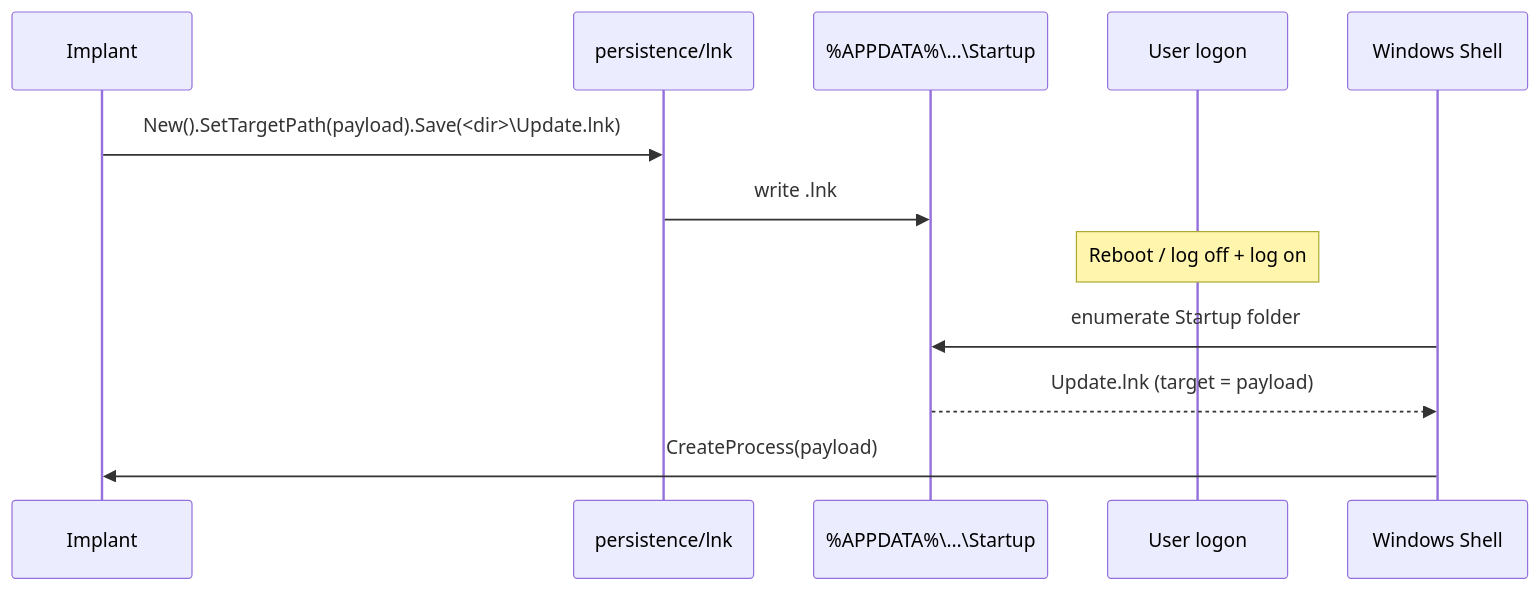
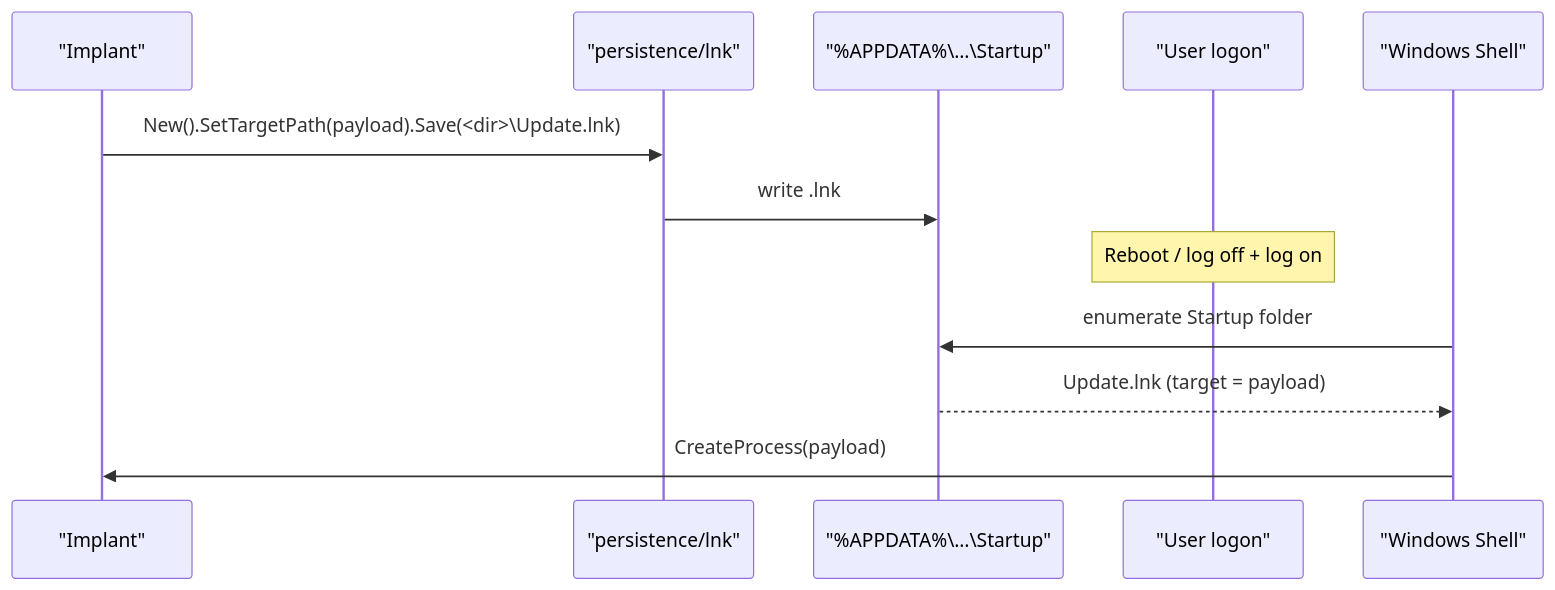
One commit to oioio-space/maldev changed the diagram in docs/techniques/persistence/startup-folder.md. Above: the diagram before and after it, drawn with Mermaid. The commit also changed 52 other files, not shown here.

First line of the commit message:
fix(docs): quote multi-word Mermaid participant aliases — 11.2.0 strict-mode sweep

````diff
--- a/docs/techniques/persistence/startup-folder.md
+++ b/docs/techniques/persistence/startup-folder.md
@@ -37,15 +37,15 @@
 ```mermaid
 sequenceDiagram
-    participant Impl as Implant
-    participant Lnk as persistence/lnk
-    participant FS as %APPDATA%\…\Startup
-    participant Logon as User logon
-    participant Shell as Windows Shell
+    participant Impl as "Implant"
+    participant Lnk as "persistence/lnk"
+    participant FS as "%APPDATA%\…\Startup"
+    participant Logon as "User logon"
+    participant Shell as "Windows Shell"
 
     Impl->>Lnk: New().SetTargetPath(payload).Save(<dir>\Update.lnk)
     Lnk->>FS: write .lnk
     Note over Logon: Reboot / log off + log on
     Shell->>FS: enumerate Startup folder
     FS-->>Shell: Update.lnk (target = payload)
     Shell->>Impl: CreateProcess(payload)
 ```
````
